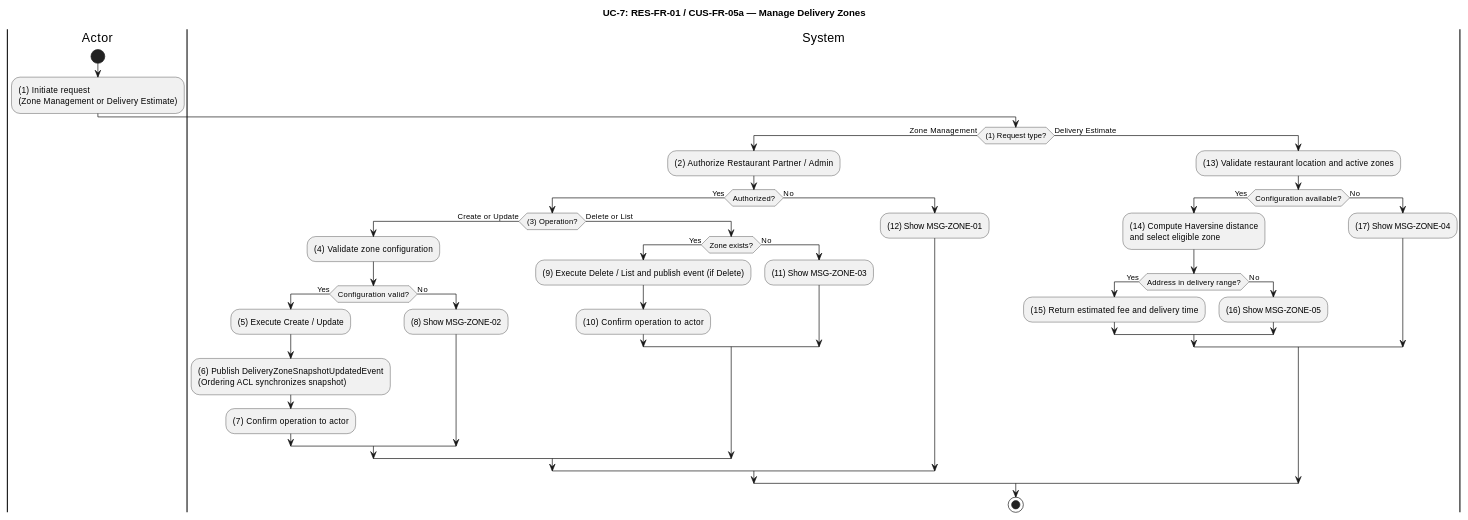
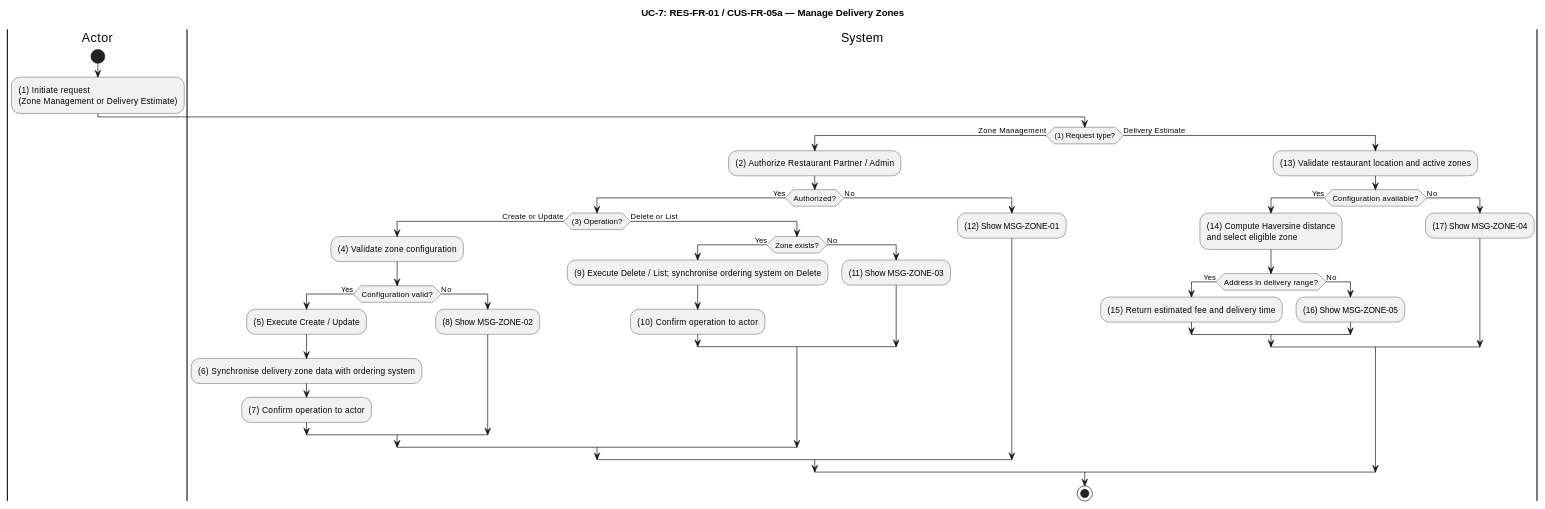
One commit to luubinhdeptrai/Food_Delivery changed the seventh of 26 diagrams in apps/api/docs/Final_Documents/SRS_FoodDelivery.md. Above: the diagram before and after it, drawn with PlantUML. The commit also changed other lines of this file, not shown here.

````diff
--- a/apps/api/docs/Final_Documents/SRS_FoodDelivery.md
+++ b/apps/api/docs/Final_Documents/SRS_FoodDelivery.md
@@ -496,49 +516,49 @@
 ```plantuml
 @startuml UC7-Delivery-Zones
 title UC-7: RES-FR-01 / CUS-FR-05a — Manage Delivery Zones
 skinparam ConditionEndStyle hline
 
 |Actor|
 start
 :(1) Initiate request\n(Zone Management or Delivery Estimate);
 
 |System|
 if ((1) Request type?) then (Zone Management)
   :(2) Authorize Restaurant Partner / Admin;
   if (Authorized?) then (Yes)
     if ((3) Operation?) then (Create or Update)
       :(4) Validate zone configuration;
       if (Configuration valid?) then (Yes)
         :(5) Execute Create / Update;
-        :(6) Publish DeliveryZoneSnapshotUpdatedEvent\n(Ordering ACL synchronizes snapshot);
+        :(6) Synchronise delivery zone data with ordering system;
         :(7) Confirm operation to actor;
       else (No)
         :(8) Show MSG-ZONE-02;
       endif
     else (Delete or List)
       if (Zone exists?) then (Yes)
-        :(9) Execute Delete / List and publish event (if Delete);
+        :(9) Execute Delete / List; synchronise ordering system on Delete;
         :(10) Confirm operation to actor;
       else (No)
         :(11) Show MSG-ZONE-03;
       endif
     endif
   else (No)
     :(12) Show MSG-ZONE-01;
   endif
 else (Delivery Estimate)
   :(13) Validate restaurant location and active zones;
   if (Configuration available?) then (Yes)
     :(14) Compute Haversine distance\nand select eligible zone;
     if (Address in delivery range?) then (Yes)
       :(15) Return estimated fee and delivery time;
     else (No)
       :(16) Show MSG-ZONE-05;
     endif
   else (No)
     :(17) Show MSG-ZONE-04;
   endif
 endif
 stop
 @enduml
 ```
````
